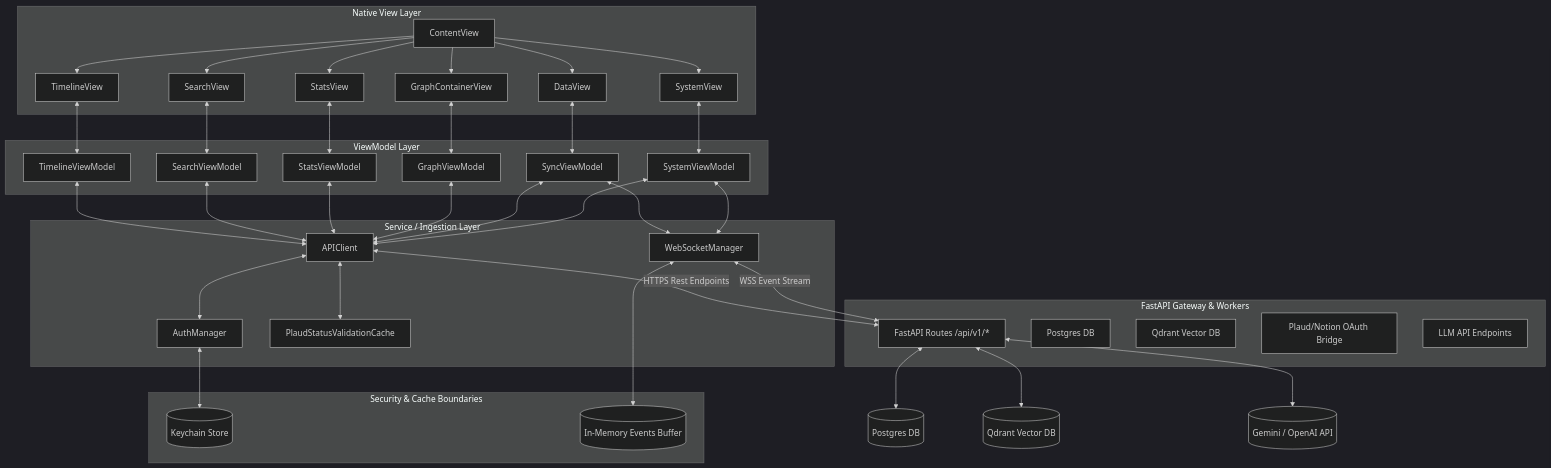
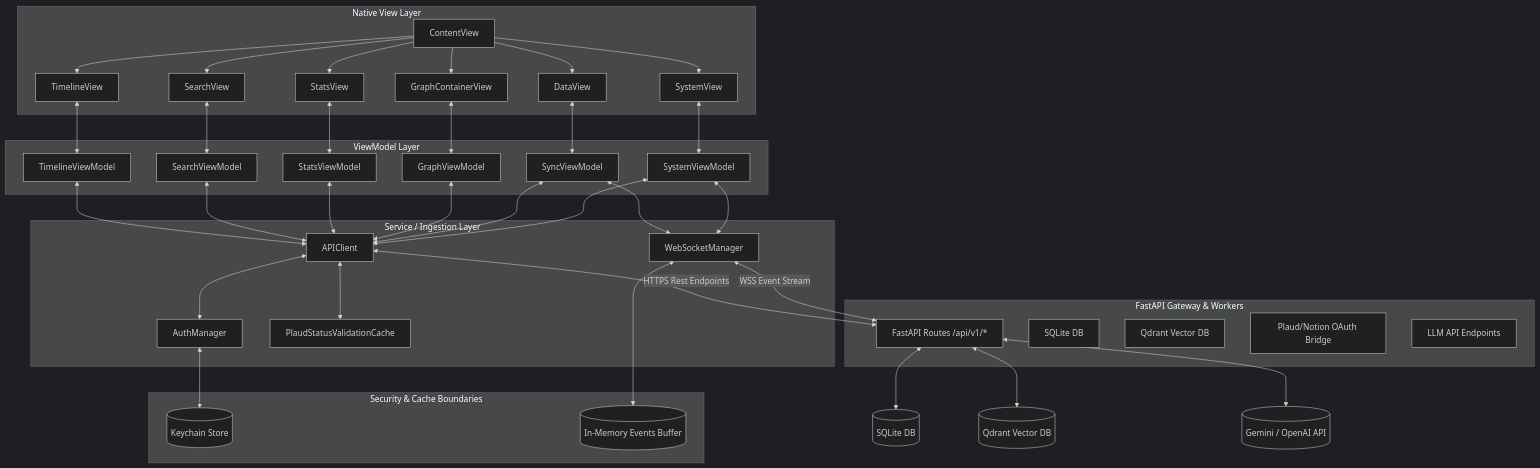
Before and after one commit to Gunnarguy/PlaudBlender: the first of 2 diagrams in PlaudBlenderiOS/ARCHITECTURE.md, drawn with Mermaid (dark theme). The commit also changed other lines of this file and 2 other files, not shown here.

Commit message:
iOS docs: the backend stores data in SQLite, not PostgreSQL
No backend code uses PostgreSQL; the store is SQLite with Qdrant for vectors. The iOS masterplan still describes a possible PostgreSQL migration as a plan and is unchanged.

````diff
--- a/PlaudBlenderiOS/ARCHITECTURE.md
+++ b/PlaudBlenderiOS/ARCHITECTURE.md
@@ -13,60 +13,60 @@
 ```mermaid
 flowchart TD
     subgraph UI ["Native View Layer"]
         A[ContentView] --> B1[TimelineView]
         A --> B2[SearchView]
         A --> B3[StatsView]
         A --> B4[GraphContainerView]
         A --> B5[DataView]
         A --> B6[SystemView]
     end
 
     subgraph VM ["ViewModel Layer"]
         C1[TimelineViewModel]
         C2[SearchViewModel]
         C3[StatsViewModel]
         C4[GraphViewModel]
         C5[SyncViewModel]
         C6[SystemViewModel]
     end
 
     subgraph Service ["Service / Ingestion Layer"]
         D1[APIClient]
         D2[AuthManager]
         D3[WebSocketManager]
         D4[PlaudStatusValidationCache]
     end
 
     subgraph Storage ["Security & Cache Boundaries"]
         E1[(Keychain Store)]
         E2[(In-Memory Events Buffer)]
     end
 
     subgraph Remote ["FastAPI Gateway & Workers"]
         F1[FastAPI Routes /api/v1/*]
-        F2[Postgres DB]
+        F2[SQLite DB]
         F3[Qdrant Vector DB]
         F4[Plaud/Notion OAuth Bridge]
         F5[LLM API Endpoints]
     end
 
     B1 <--> C1
     B2 <--> C2
     B3 <--> C3
     B4 <--> C4
     B5 <--> C5
     B6 <--> C6
 
     C1 & C2 & C3 & C4 & C5 & C6 <--> D1
     C5 & C6 <--> D3
     D1 <--> D2
     D2 <--> E1
     D3 <--> E2
     D1 <--> D4
 
     D1 <-->|HTTPS Rest Endpoints| F1
     D3 <-->|WSS Event Stream| F1
-    F1 <--> SQL[(Postgres DB)]
+    F1 <--> SQL[(SQLite DB)]
     F1 <--> Qdr[(Qdrant Vector DB)]
     F1 <--> LLM[(Gemini / OpenAI API)]
 ```
````
